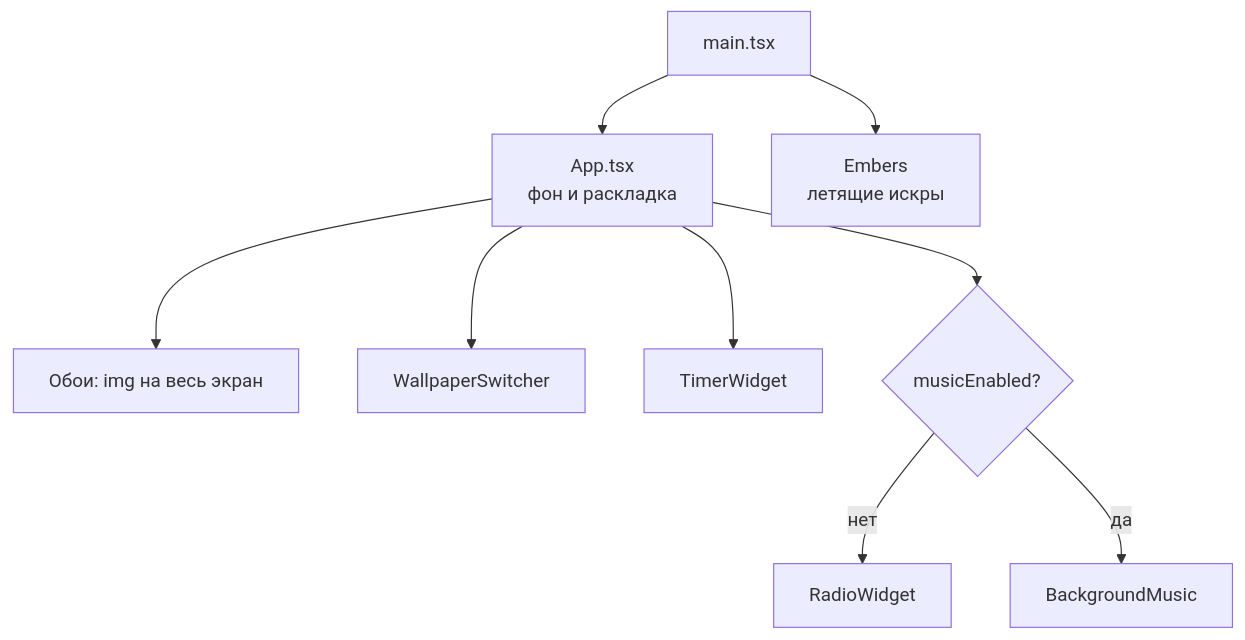
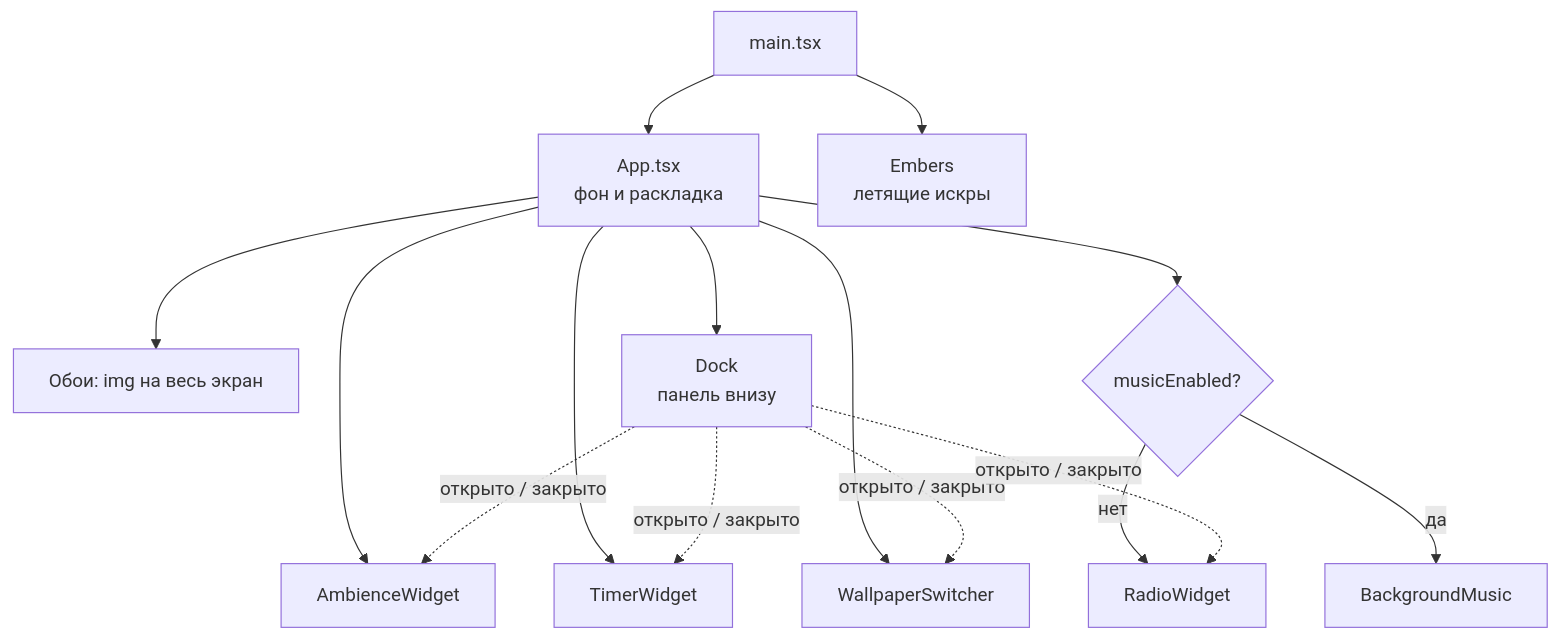
The diagram in docs/widgets.md (kagulion/tempo), drawn with Mermaid before and after one commit. The commit also changed other lines of this file and 10 other files, not shown here.

````diff
--- a/docs/widgets.md
+++ b/docs/widgets.md
@@ -7,11 +7,14 @@
 ```mermaid
 flowchart TD
     main[main.tsx] --> App[App.tsx<br/>фон и раскладка]
     main --> Embers[Embers<br/>летящие искры]
     App --> Img[Обои: img на весь экран]
+    App --> Dock[Dock<br/>панель внизу]
+    App --> AW[AmbienceWidget]
+    App --> TW[TimerWidget]
     App --> WS[WallpaperSwitcher]
-    App --> TW[TimerWidget]
     App --> R{musicEnabled?}
     R -- нет --> RW[RadioWidget]
     R -- да --> BM[BackgroundMusic]
+    Dock -. открыто / закрыто .-> AW & TW & WS & RW
 ```
````
